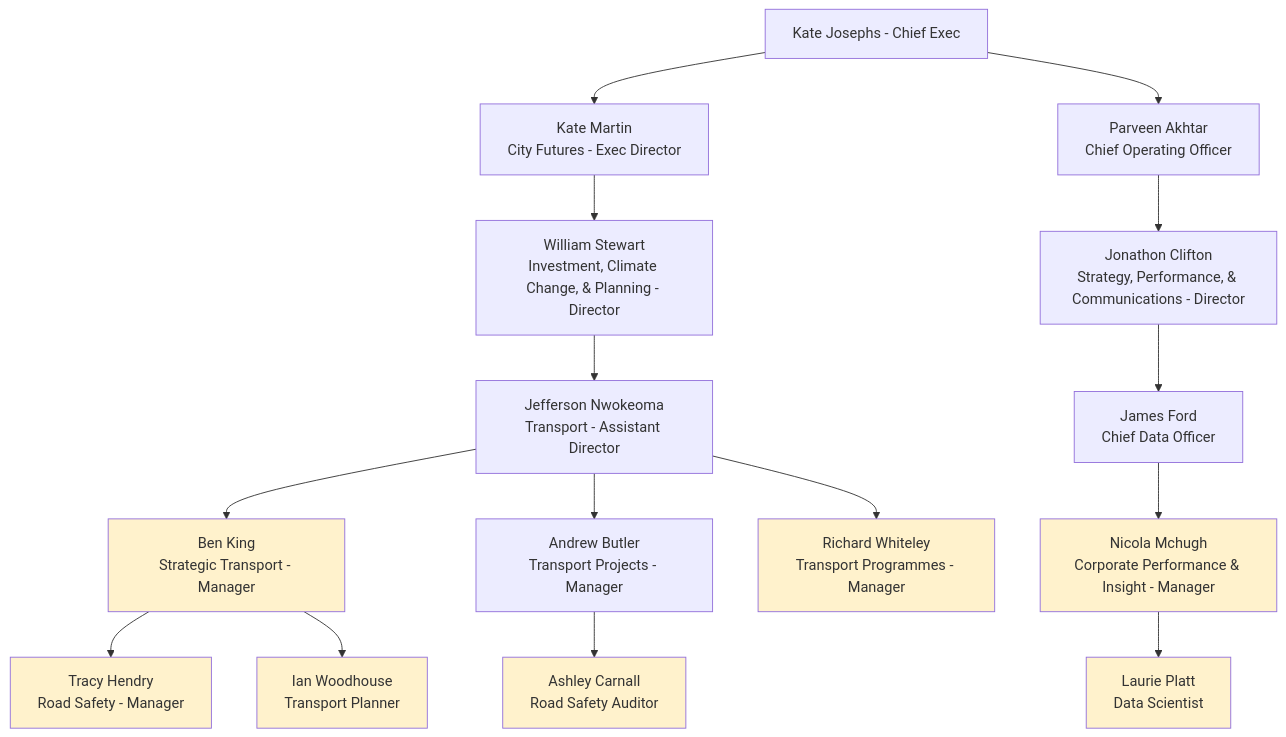
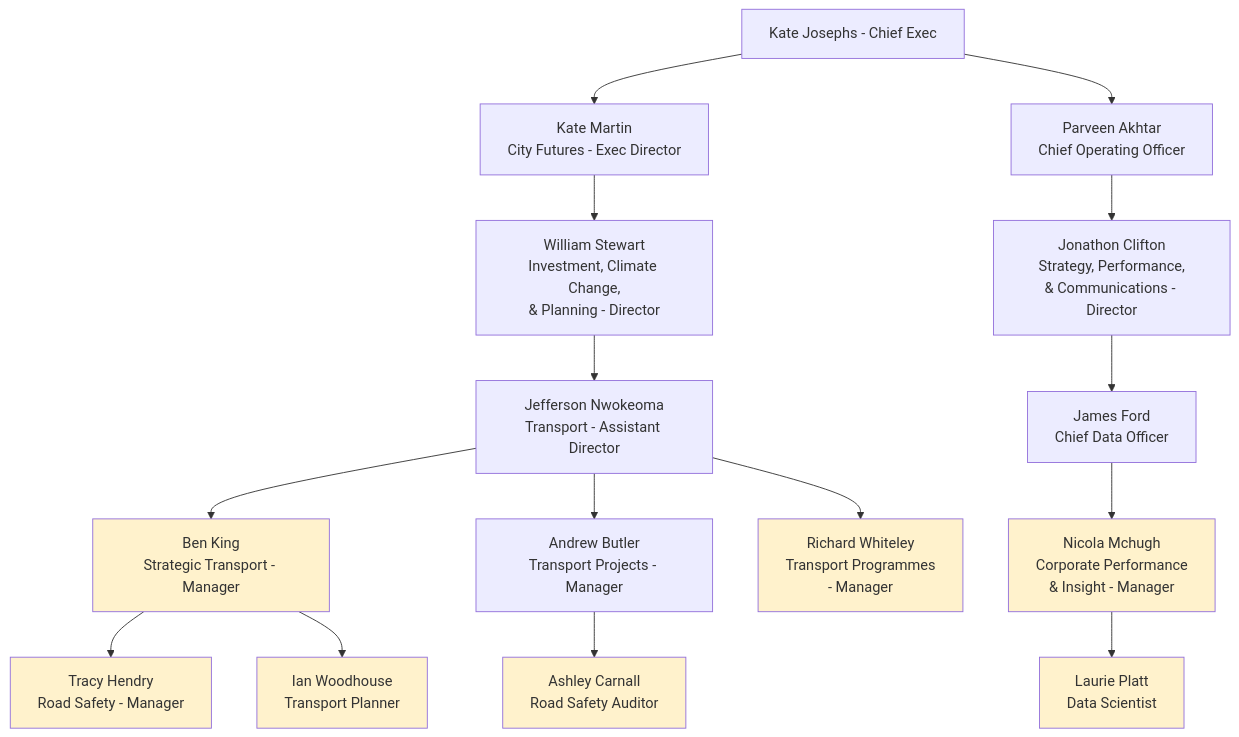
The first of 3 diagrams in background.qmd (scc-pi/traffic-collisions), drawn with Mermaid before and after one commit. The commit also changed other lines of this file and 2 other files, not shown here.

````diff
--- a/background.qmd
+++ b/background.qmd
@@ -44,41 +44,42 @@
 ```{mermaid}
-%%| label: people
-%%| fig-cap: "Figure: People & Services"
+%%| label: fig-people
+%%| fig-cap: "People & Services"
 %%| echo: true
 %%| code-fold: hide
+%%| column: page-right
 
 flowchart TD
 
     Top1[Kate Josephs - Chief Exec]
     Top2[Kate Martin<br/>City Futures - Exec Director]
     Top3[Parveen Akhtar<br/>Chief Operating Officer]
     
-    Transport1["William Stewart<br/>Investment, Climate Change, & Planning - Director"]
+    Transport1["William Stewart<br/>Investment, Climate Change,<br/>& Planning - Director"]
     Transport2["Jefferson Nwokeoma<br/>Transport - Assistant Director"]
 
     Safety1["Ben King<br/>Strategic Transport - Manager"]:::yellow
     Safety2["Tracy Hendry<br/>Road Safety - Manager"]:::yellow 
     Safety3["Ian Woodhouse<br/>Transport Planner"]:::yellow 
     Projects1["Andrew Butler<br/>Transport Projects - Manager"]
     Projects2["Ashley Carnall<br/>Road Safety Auditor"]:::yellow 
-    Programmes1["Richard Whiteley<br/>Transport Programmes - Manager"]:::yellow 
+    Programmes1["Richard Whiteley<br/>Transport Programmes<br>- Manager"]:::yellow 
 
-    Data1["Jonathon Clifton<br/>Strategy, Performance, & Communications - Director"]
+    Data1["Jonathon Clifton<br/>Strategy, Performance,<br/>& Communications - Director"]
     Data2["James Ford<br/>Chief Data Officer"]
-    Data3["Nicola Mchugh<br/>Corporate Performance & Insight - Manager"]:::yellow
+    Data3["Nicola Mchugh<br/>Corporate Performance<br/>& Insight - Manager"]:::yellow
     Data4["Laurie Platt<br/>Data Scientist"]:::yellow 
     
     Top1 --> Top2
     Top1 --> Top3
 
     Top2 --> Transport1 --> Transport2
     Transport2 --> Safety1
     Safety1 --> Safety2
     Safety1 --> Safety3
     Transport2 --> Projects1 --> Projects2
     Transport2 --> Programmes1
     
     Top3 --> Data1 --> Data2 --> Data3 --> Data4
 
     classDef yellow fill:#FFF2CC
 ```
````
